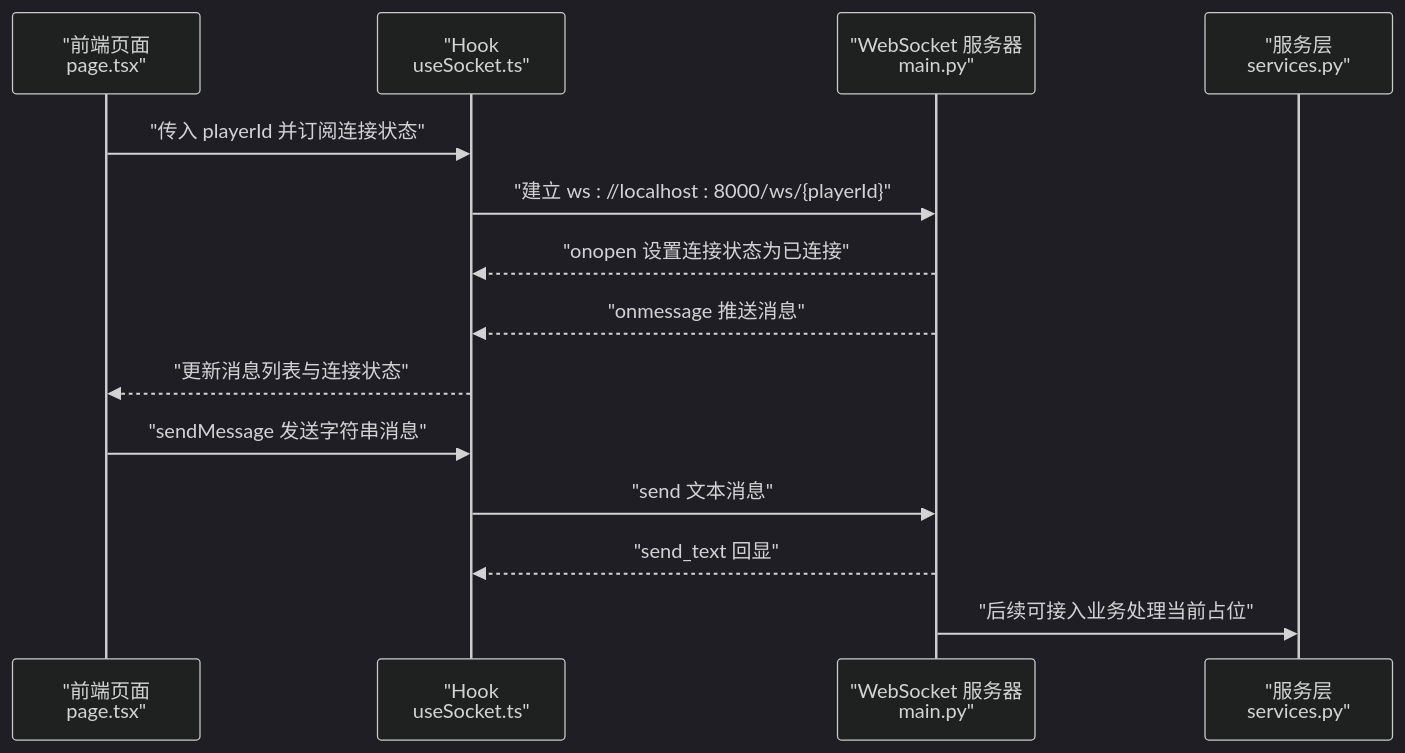
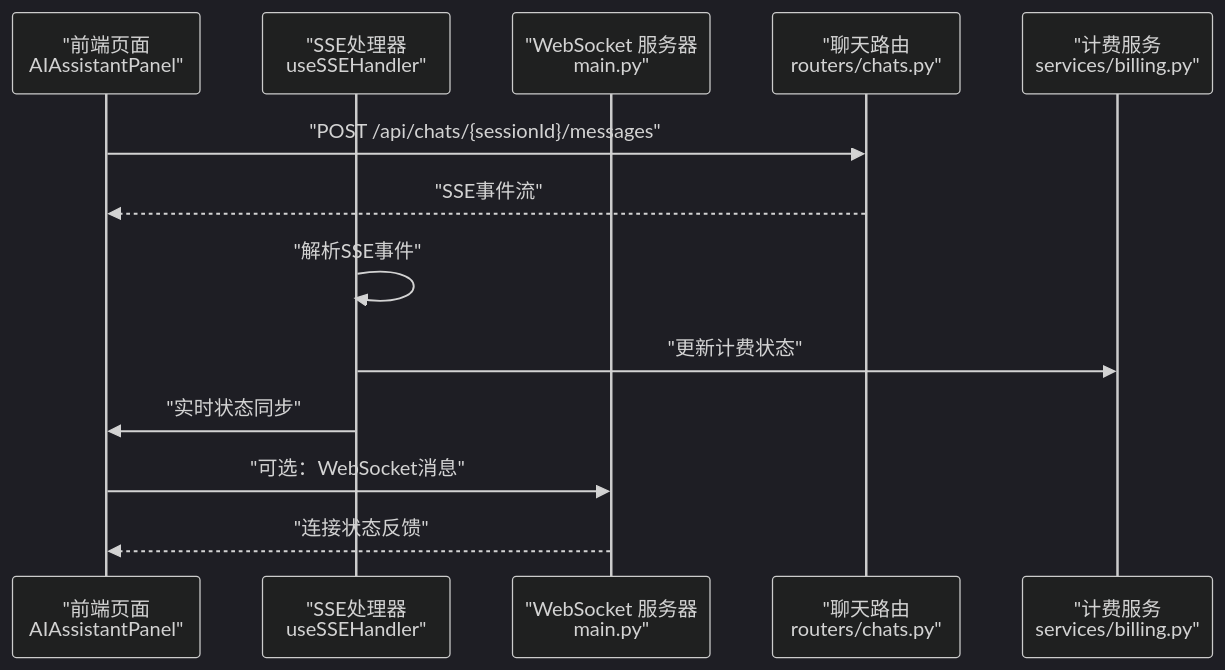
The second of 5 diagrams in .qoder/repowiki/zh/content/前端开发指南/WebSocket 实时通信.md (KunLabAI/KunFlix), drawn with Mermaid (dark theme) before and after one commit. The commit also changed other lines of this file and 27 other files, not shown here.

````diff
--- a/.qoder/repowiki/zh/content/前端开发指南/WebSocket 实时通信.md
+++ b/.qoder/repowiki/zh/content/前端开发指南/WebSocket 实时通信.md
@@ -106,16 +109,15 @@
 ```mermaid
 sequenceDiagram
-participant FE as "前端页面<br/>page.tsx"
-participant Hook as "Hook<br/>useSocket.ts"
+participant FE as "前端页面<br/>AIAssistantPanel"
+participant SSE as "SSE处理器<br/>useSSEHandler"
 participant WS as "WebSocket 服务器<br/>main.py"
-participant Svc as "服务层<br/>services.py"
-FE->>Hook : "传入 playerId 并订阅连接状态"
-Hook->>WS : "建立 ws : //localhost : 8000/ws/{playerId}"
-WS-->>Hook : "onopen 设置连接状态为已连接"
-WS-->>Hook : "onmessage 推送消息"
-Hook-->>FE : "更新消息列表与连接状态"
-FE->>Hook : "sendMessage 发送字符串消息"
-Hook->>WS : "send 文本消息"
-WS-->>Hook : "send_text 回显"
-WS->>Svc : "后续可接入业务处理当前占位"
+participant API as "聊天路由<br/>routers/chats.py"
+participant Billing as "计费服务<br/>services/billing.py"
+FE->>API : "POST /api/chats/{sessionId}/messages"
+API-->>FE : "SSE事件流"
+SSE->>SSE : "解析SSE事件"
+SSE->>Billing : "更新计费状态"
+SSE->>FE : "实时状态同步"
+FE->>WS : "可选：WebSocket消息"
+WS-->>FE : "连接状态反馈"
 ```
````
